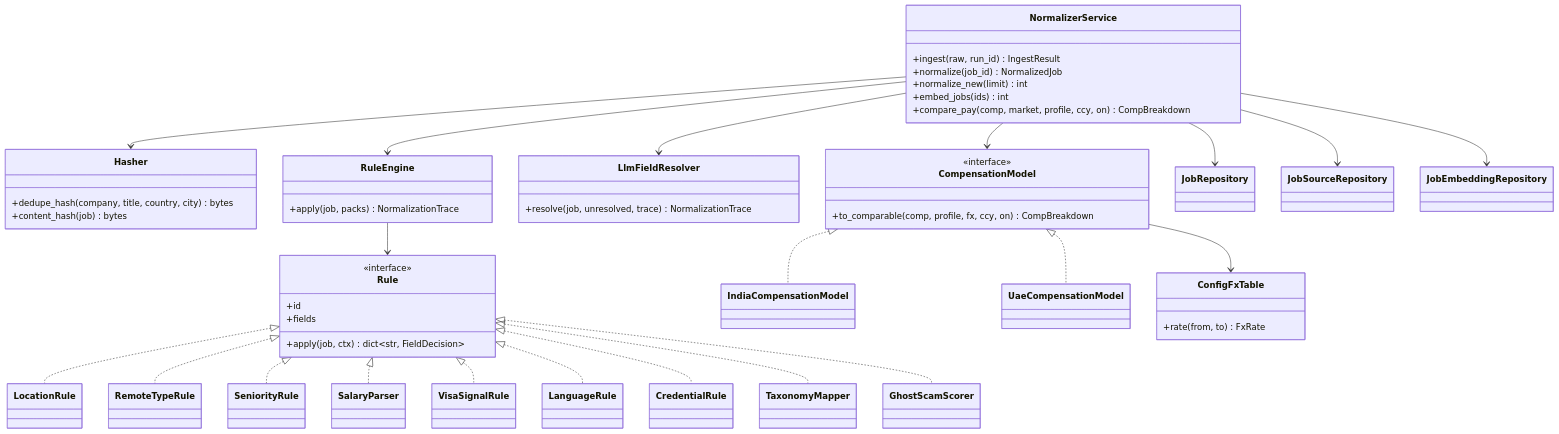
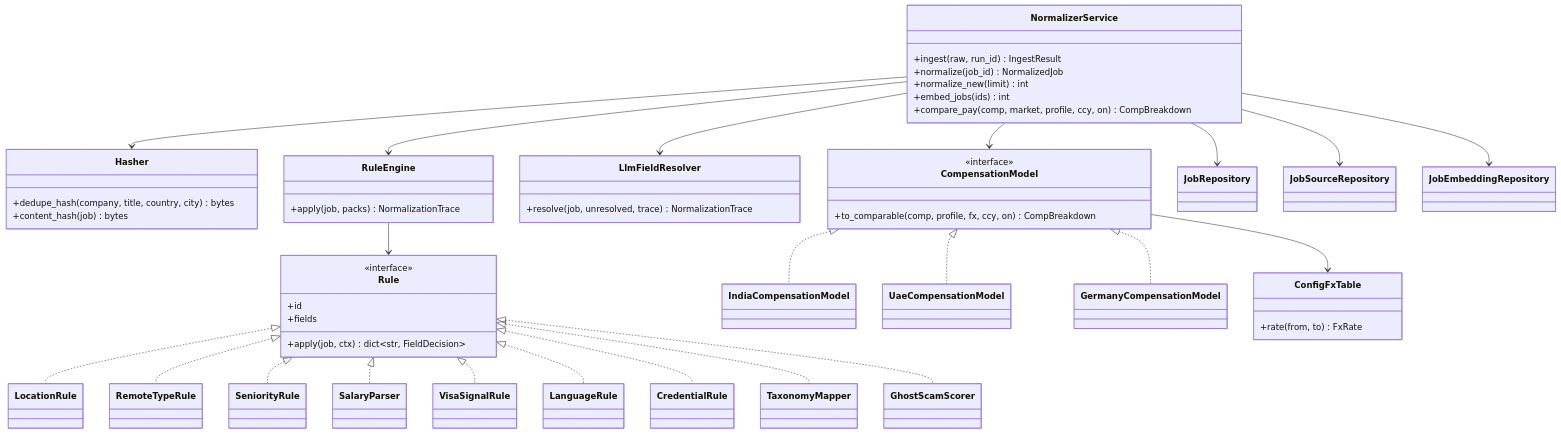
Before and after one commit to Sudhakar-09/jobradar: the first of 2 diagrams in docs/lld/normalizer.md, drawn with Mermaid. The commit also changed other lines of this file and 10 other files, not shown here.

````diff
--- a/docs/lld/normalizer.md
+++ b/docs/lld/normalizer.md
@@ -240,67 +240,69 @@
 ```mermaid
 classDiagram
     class NormalizerService {
         +ingest(raw, run_id) IngestResult
         +normalize(job_id) NormalizedJob
         +normalize_new(limit) int
         +embed_jobs(ids) int
         +compare_pay(comp, market, profile, ccy, on) CompBreakdown
     }
     class Hasher {
         +dedupe_hash(company, title, country, city) bytes
         +content_hash(job) bytes
     }
     class RuleEngine {
         +apply(job, packs) NormalizationTrace
     }
     class Rule {
         <<interface>>
         +id
         +fields
         +apply(job, ctx) dict~str, FieldDecision~
     }
     class LocationRule
     class RemoteTypeRule
     class SeniorityRule
     class SalaryParser
     class VisaSignalRule
     class LanguageRule
     class CredentialRule
     class TaxonomyMapper
     class GhostScamScorer
     class LlmFieldResolver {
         +resolve(job, unresolved, trace) NormalizationTrace
     }
     class CompensationModel {
         <<interface>>
         +to_comparable(comp, profile, fx, ccy, on) CompBreakdown
     }
     class IndiaCompensationModel
     class UaeCompensationModel
+    class GermanyCompensationModel
     class ConfigFxTable {
         +rate(from, to) FxRate
     }
     class JobRepository
     class JobSourceRepository
     class JobEmbeddingRepository
     NormalizerService --> Hasher
     NormalizerService --> RuleEngine
     NormalizerService --> LlmFieldResolver
     NormalizerService --> JobRepository
     NormalizerService --> JobSourceRepository
     NormalizerService --> JobEmbeddingRepository
     RuleEngine --> Rule
     Rule <|.. LocationRule
     Rule <|.. RemoteTypeRule
     Rule <|.. SeniorityRule
     Rule <|.. SalaryParser
     Rule <|.. VisaSignalRule
     Rule <|.. LanguageRule
     Rule <|.. CredentialRule
     Rule <|.. TaxonomyMapper
     Rule <|.. GhostScamScorer
     CompensationModel <|.. IndiaCompensationModel
     CompensationModel <|.. UaeCompensationModel
+    CompensationModel <|.. GermanyCompensationModel
     NormalizerService --> CompensationModel
     CompensationModel --> ConfigFxTable
 ```
````
